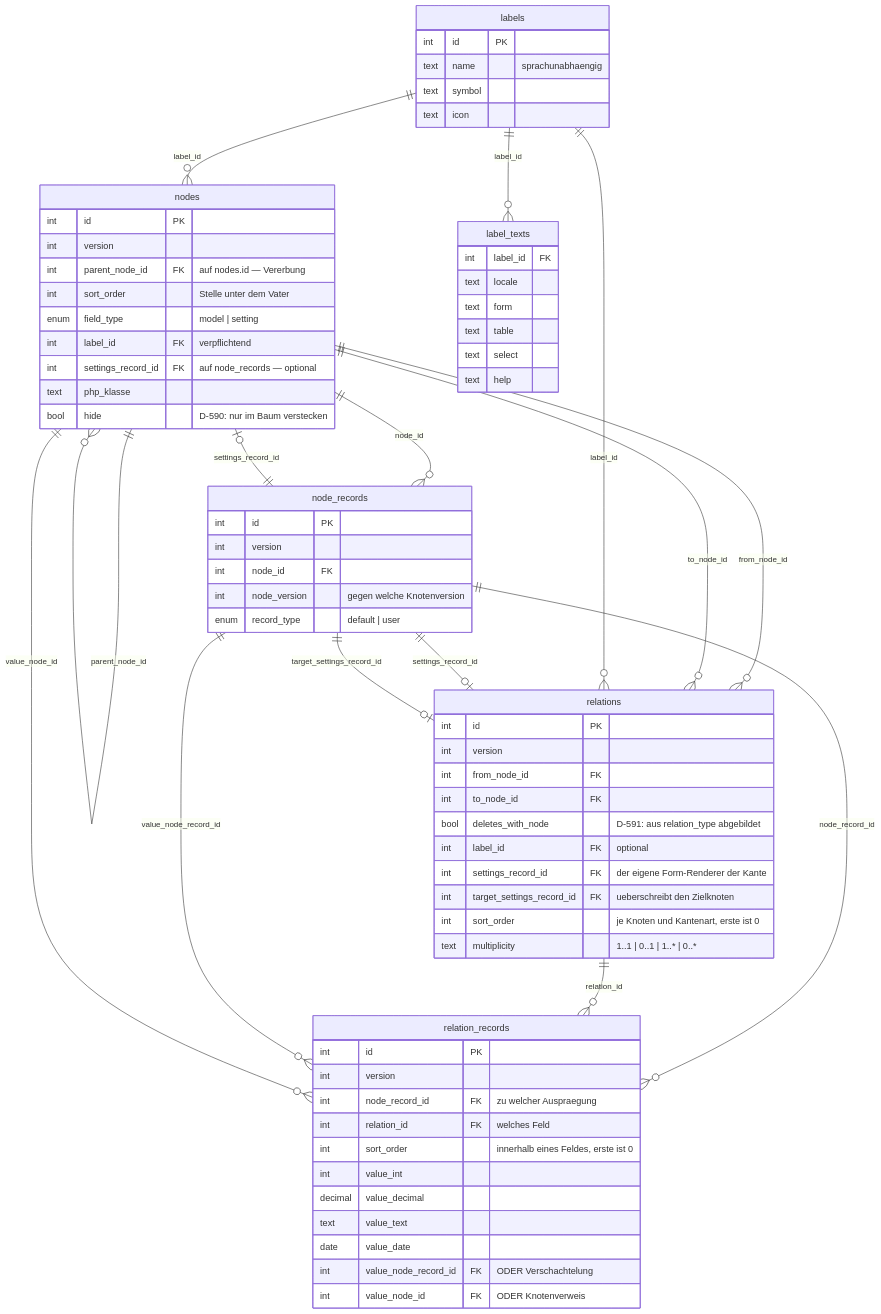
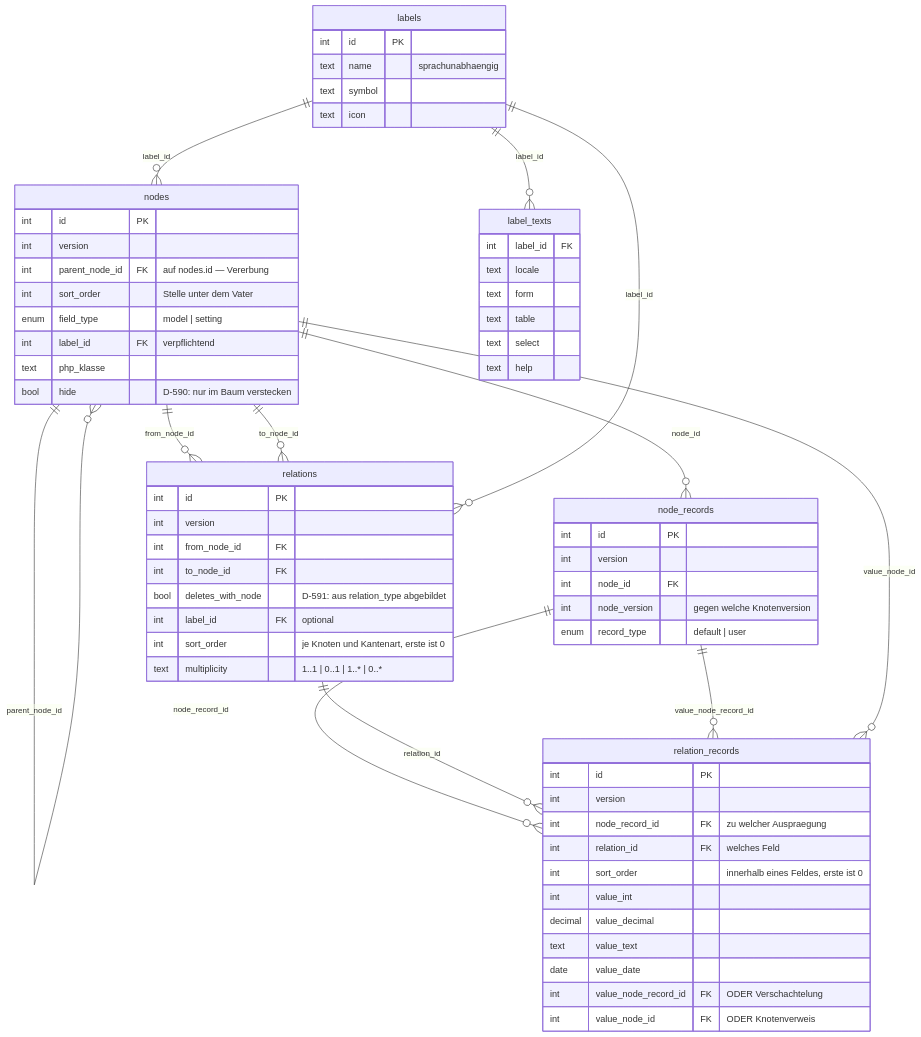
One commit to sfambach/wp-taxonomy-modeler changed the diagram in docs/pakete/modelltabellen/schema-diagramm.md. Above: the diagram before and after it, drawn with Mermaid. The commit also changed other lines of this file and 28 other files, not shown here.

First line of the commit message:
Der Renderer haengt wieder an einer Kante, mit der Mehrfachheit 1 (TASK-057)

````diff
--- a/docs/pakete/modelltabellen/schema-diagramm.md
+++ b/docs/pakete/modelltabellen/schema-diagramm.md
@@ -6,80 +6,74 @@
 ```mermaid
 erDiagram
     nodes {
         int  id PK
         int  version
         int  parent_node_id FK "auf nodes.id — Vererbung"
         int  sort_order     "Stelle unter dem Vater"
         enum field_type     "model | setting"
         int  label_id       FK "verpflichtend"
-        int  settings_record_id FK "auf node_records — optional"
         text php_klasse
         bool hide "D-590: nur im Baum verstecken"
     }
 
     relations {
         int  id PK
         int  version
         int  from_node_id FK
         int  to_node_id   FK
         bool deletes_with_node "D-591: aus relation_type abgebildet"
         int  label_id      FK "optional"
-        int  settings_record_id FK "der eigene Form-Renderer der Kante"
-        int  target_settings_record_id FK "ueberschreibt den Zielknoten"
         int  sort_order    "je Knoten und Kantenart, erste ist 0"
         text multiplicity  "1..1 | 0..1 | 1..* | 0..*"
     }
 
     node_records {
         int  id PK
         int  version
         int  node_id FK
         int  node_version "gegen welche Knotenversion"
         enum record_type  "default | user"
     }
 
     relation_records {
         int     id PK
         int     version
         int     node_record_id FK "zu welcher Auspraegung"
         int     relation_id    FK "welches Feld"
         int     sort_order        "innerhalb eines Feldes, erste ist 0"
         int     value_int
         decimal value_decimal
         text    value_text
         date    value_date
         int     value_node_record_id FK "ODER Verschachtelung"
         int     value_node_id        FK "ODER Knotenverweis"
     }
 
     labels {
         int  id PK
         text name   "sprachunabhaengig"
         text symbol
         text icon
     }
 
     label_texts {
         int  label_id FK
         text locale
         text form
         text table
         text select
         text help
     }
 
     nodes            ||--o{ nodes            : "parent_node_id"
     nodes            ||--o{ relations        : "from_node_id"
     nodes            ||--o{ relations        : "to_node_id"
     nodes            ||--o{ node_records     : "node_id"
     labels           ||--o{ nodes            : "label_id"
     labels           ||--o{ relations        : "label_id"
     labels           ||--o{ label_texts      : "label_id"
     node_records     ||--o{ relation_records : "node_record_id"
     relations        ||--o{ relation_records : "relation_id"
-    node_records     ||--o| nodes            : "settings_record_id"
-    node_records     ||--o| relations        : "settings_record_id"
-    node_records     ||--o| relations        : "target_settings_record_id"
     node_records     ||--o{ relation_records : "value_node_record_id"
     nodes            ||--o{ relation_records : "value_node_id"
 ```
````
